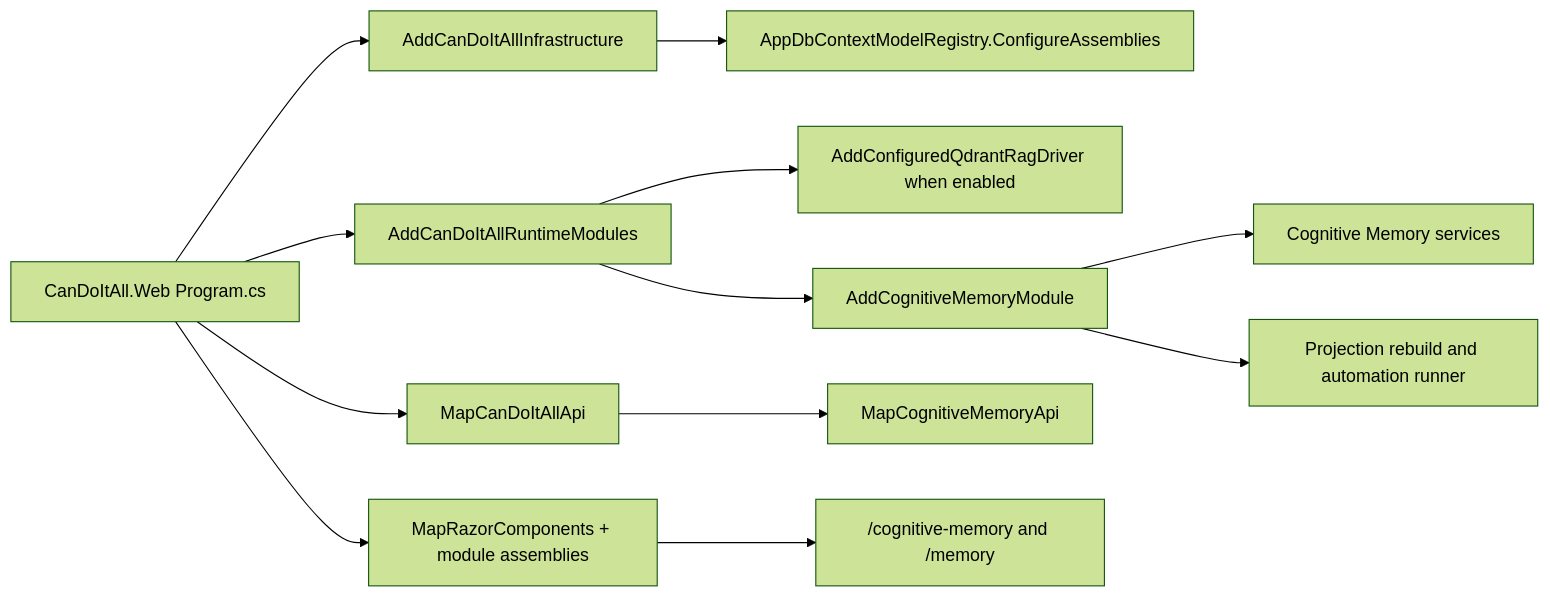
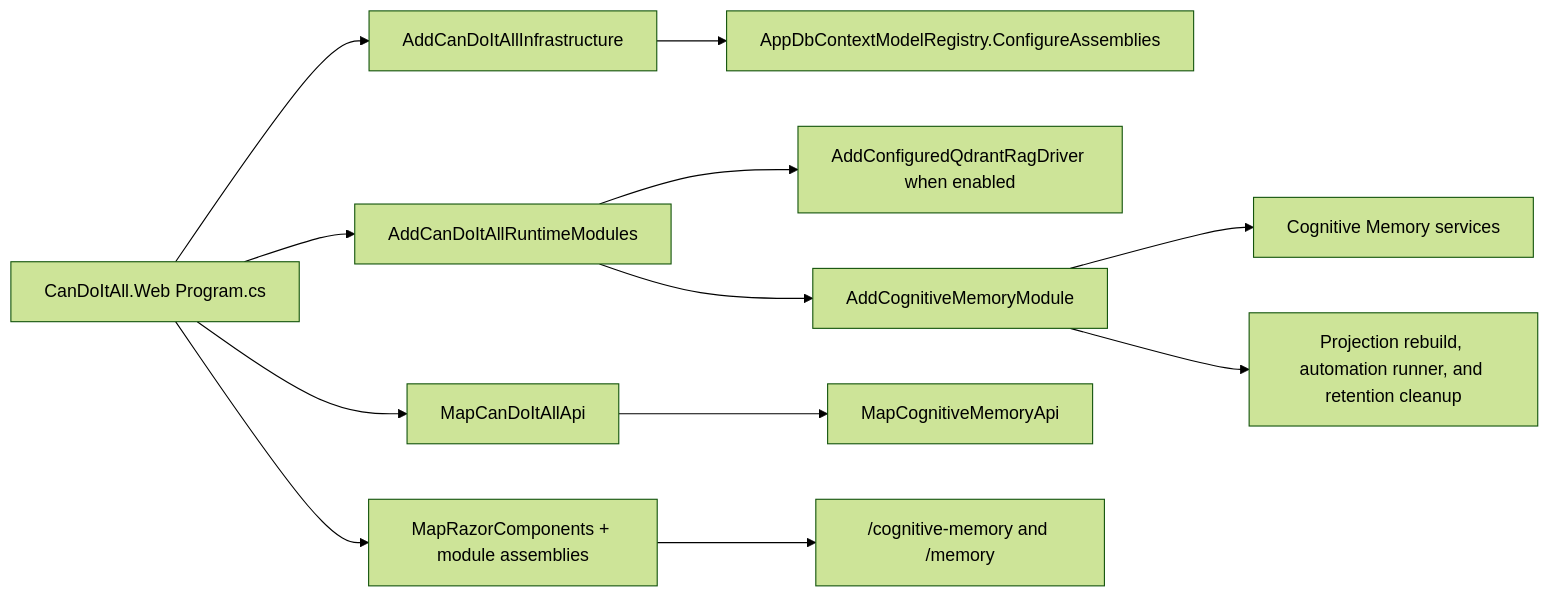
The diagram in docs/cognitive-memory/current-state/implementation-map.md (fyziktom/CanDoItAll), drawn with Mermaid (forest theme) before and after one commit. The commit also changed other lines of this file and 71 other files, not shown here.

````diff
--- a/docs/cognitive-memory/current-state/implementation-map.md
+++ b/docs/cognitive-memory/current-state/implementation-map.md
@@ -30,14 +30,14 @@
 ```mermaid
 flowchart LR
     Program["CanDoItAll.Web Program.cs"] --> Infrastructure["AddCanDoItAllInfrastructure"]
     Infrastructure --> ModelRegistry["AppDbContextModelRegistry.ConfigureAssemblies"]
     Program --> Composition["AddCanDoItAllRuntimeModules"]
     Composition --> Qdrant["AddConfiguredQdrantRagDriver when enabled"]
     Composition --> Module["AddCognitiveMemoryModule"]
     Module --> Services["Cognitive Memory services"]
-    Module --> Operations["Projection rebuild and automation runner"]
+    Module --> Operations["Projection rebuild, automation runner, and retention cleanup"]
     Program --> Api["MapCanDoItAllApi"]
     Api --> CognitiveApi["MapCognitiveMemoryApi"]
     Program --> Razor["MapRazorComponents + module assemblies"]
     Razor --> Page["/cognitive-memory and /memory"]
 ```
````
